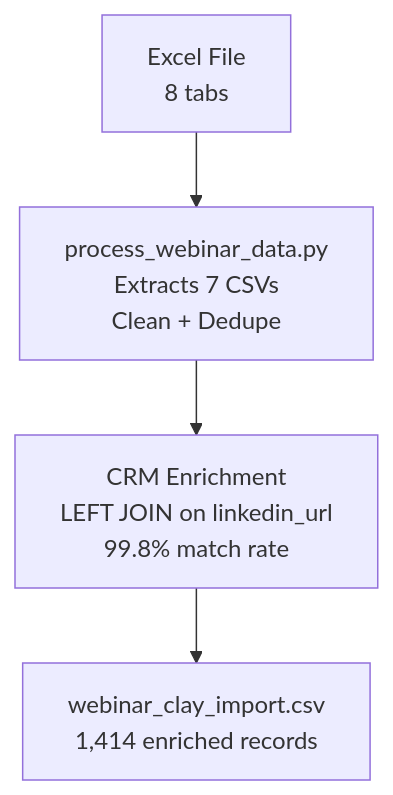
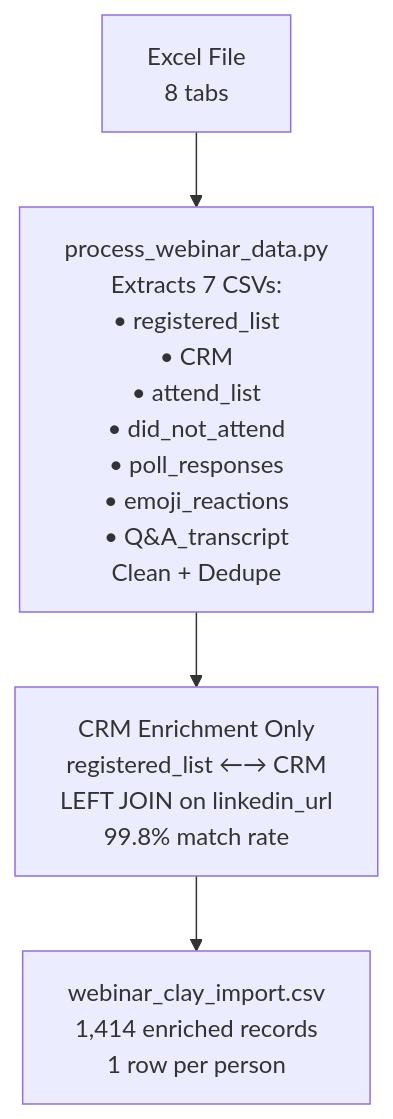
The diagram in README.md (frankterpo/clay_gtm), drawn with Mermaid before and after one commit.

Commit message:
Clarify diagram - explicitly list all 7 CSVs extracted from Excel
- UPDATED: Flow diagram now lists all 7 extracted CSVs by name
- CLARIFIED: Shows which CSVs are used for CRM enrichment vs extracted only
- ACCURATE: Makes it clear that all files come from the Excel extraction step

````diff
--- a/README.md
+++ b/README.md
@@ -39,6 +39,6 @@
 ```mermaid
 flowchart TD
-    A[Excel File<br/>8 tabs] --> B[process_webinar_data.py<br/>Extracts 7 CSVs<br/>Clean + Dedupe]
-    B --> C[CRM Enrichment<br/>LEFT JOIN on linkedin_url<br/>99.8% match rate]
-    C --> D[webinar_clay_import.csv<br/>1,414 enriched records]
+    A[Excel File<br/>8 tabs] --> B[process_webinar_data.py<br/>Extracts 7 CSVs:<br/>• registered_list<br/>• CRM<br/>• attend_list<br/>• did_not_attend<br/>• poll_responses<br/>• emoji_reactions<br/>• Q&A_transcript<br/>Clean + Dedupe]
+    B --> C[CRM Enrichment Only<br/>registered_list ←→ CRM<br/>LEFT JOIN on linkedin_url<br/>99.8% match rate]
+    C --> D[webinar_clay_import.csv<br/>1,414 enriched records<br/>1 row per person]
 ```
````
